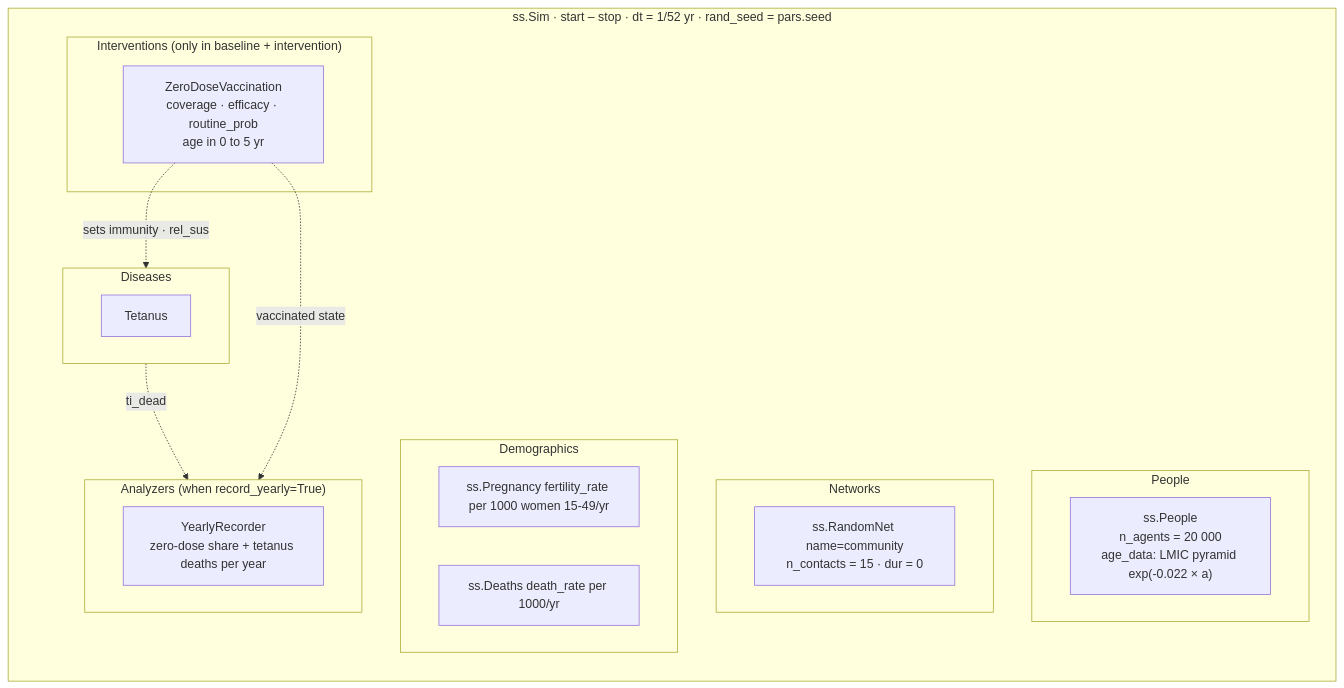
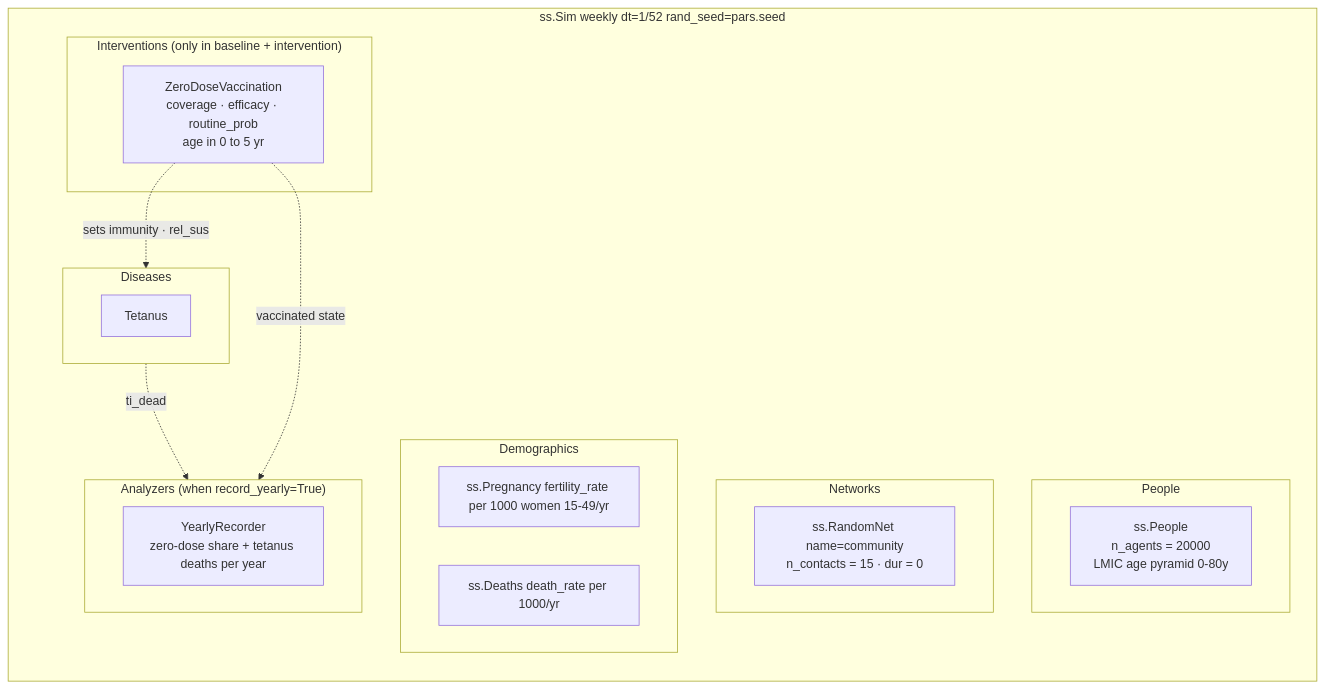
One commit to starsimhub/zdsim changed the sixth of 12 diagrams in docs/ARCHITECTURE.md. Above: the diagram before and after it, drawn with Mermaid. The commit also changed other lines of this file and 16 other files, not shown here.

````diff
--- a/docs/ARCHITECTURE.md
+++ b/docs/ARCHITECTURE.md
@@ -231,35 +233,35 @@
 ```mermaid
 flowchart TB
-    subgraph SIM ["ss.Sim · start – stop · dt = 1/52 yr · rand_seed = pars.seed"]
+    subgraph SIM ["ss.Sim weekly dt=1/52 rand_seed=pars.seed"]
         direction TB
 
         subgraph PPL ["People"]
-            P1["ss.People<br/>n_agents = 20 000<br/>age_data: LMIC pyramid exp(-0.022 × a)"]
+            P1["ss.People<br/>n_agents = 20000<br/>LMIC age pyramid 0-80y"]
         end
 
         subgraph NETS ["Networks"]
             N2["ss.RandomNet name=community<br/>n_contacts = 15 · dur = 0"]
         end
 
         subgraph DEM ["Demographics"]
             D1["ss.Pregnancy fertility_rate per 1000 women 15-49/yr"]
             D2["ss.Deaths death_rate per 1000/yr"]
         end
 
         subgraph DIS ["Diseases"]
             X2["Tetanus"]
         end
 
         subgraph INV ["Interventions (only in baseline + intervention)"]
             I1["ZeroDoseVaccination<br/>coverage · efficacy · routine_prob<br/>age in 0 to 5 yr"]
         end
 
         subgraph ANA ["Analyzers (when record_yearly=True)"]
             A1["YearlyRecorder<br/>zero-dose share + tetanus deaths per year"]
         end
     end
 
     I1 -.->|sets immunity · rel_sus| DIS
     DIS -.->|ti_dead| ANA
     I1 -.->|vaccinated state| ANA
 ```
````
